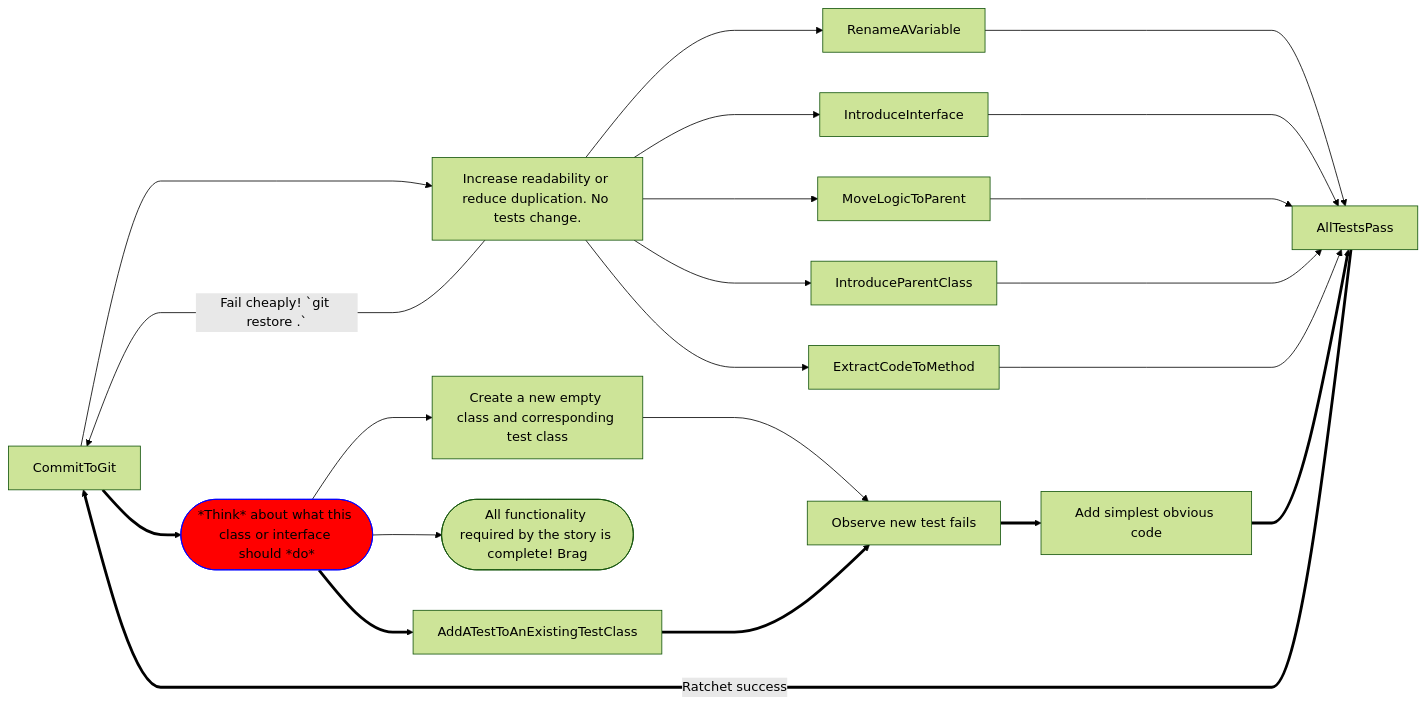
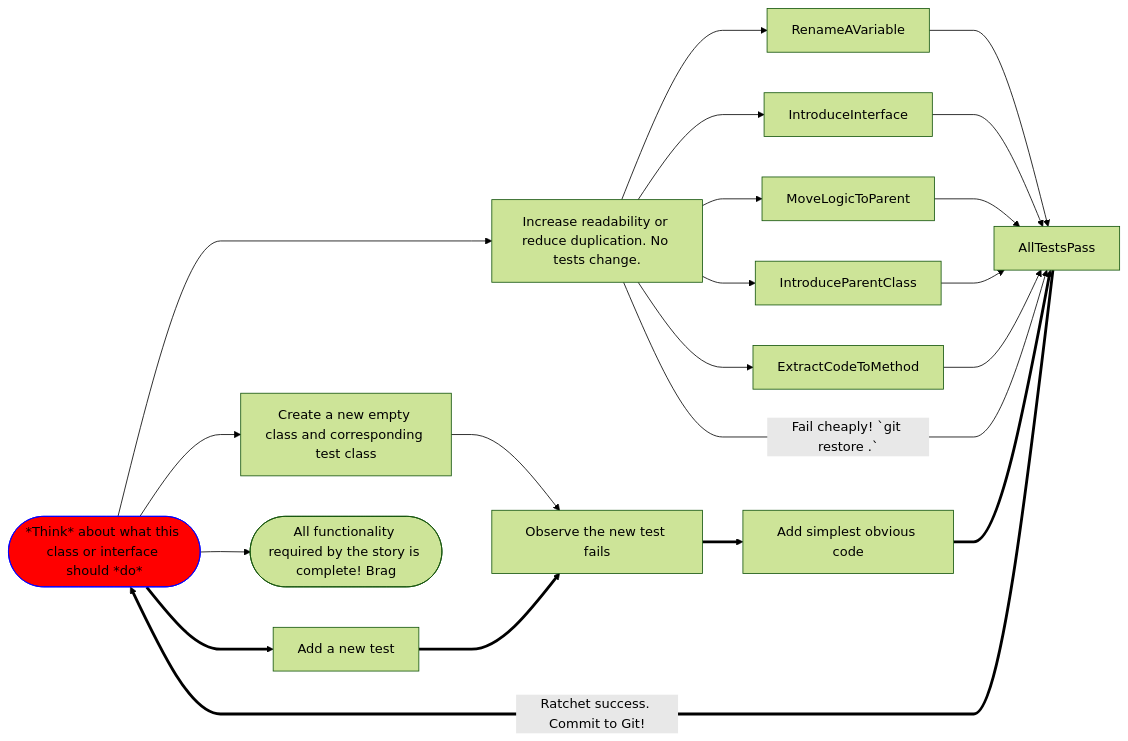
The third of 5 diagrams in README.md (Billy-Spearman-WCCI/RaceCarExtension), drawn with Mermaid (forest theme) before and after one commit.

Commit message:
More readable TDD diagram

````diff
--- a/README.md
+++ b/README.md
@@ -891,27 +891,26 @@
 ```mermaid
 %%{init: { 'flowchart': { 'curve': 'monotoneX'}} }%%
 graph LR;
-CommitToGit-->MakeImprovements["Increase readability or reduce duplication. No tests change."]
-CommitToGit==>Think(["*Think* about what this class or interface should *do*"])
+Think-->MakeImprovements["Increase readability or reduce duplication. No tests change."]
 classDef thinkStyle fill:#f00,stroke:#00f
 class Think thinkStyle;
 Think-->CreateANewClass["Create a new empty class and corresponding test class"]
 Think-->DONE(["All functionality required by the story is complete! Brag"])
-CreateANewClass-->AddATest["Observe new test fails"]
-Think==>AddATestToAnExistingTestClass
+CreateANewClass-->AddATest["Observe the new test fails"]
+Think==>AddATestToAnExistingTestClass["Add a new test"]
 AddATestToAnExistingTestClass==>AddATest
-AllTestsPass==>|"Ratchet success"|CommitToGit
+AllTestsPass==>|"Ratchet success. Commit to Git!"|Think(["*Think* about what this class or interface should *do*"])
 MakeImprovements-->RenameAVariable
-RenameAVariable--->AllTestsPass
+RenameAVariable-->AllTestsPass
 MakeImprovements-->IntroduceInterface
-IntroduceInterface--->AllTestsPass
+IntroduceInterface-->AllTestsPass
 MakeImprovements-->MoveLogicToParent
-MoveLogicToParent--->AllTestsPass
+MoveLogicToParent-->AllTestsPass
 MakeImprovements-->IntroduceParentClass
-IntroduceParentClass--->AllTestsPass
+IntroduceParentClass-->AllTestsPass
 MakeImprovements-->ExtractCodeToMethod
-ExtractCodeToMethod--->AllTestsPass
+ExtractCodeToMethod-->AllTestsPass
 AddATest==>WriteCode["Add simplest obvious code"]
 WriteCode==>AllTestsPass
-MakeImprovements-->|"Fail cheaply! `git restore .`"|CommitToGit
+MakeImprovements-->|"Fail cheaply! `git restore .`"|AllTestsPass
 ```
````
